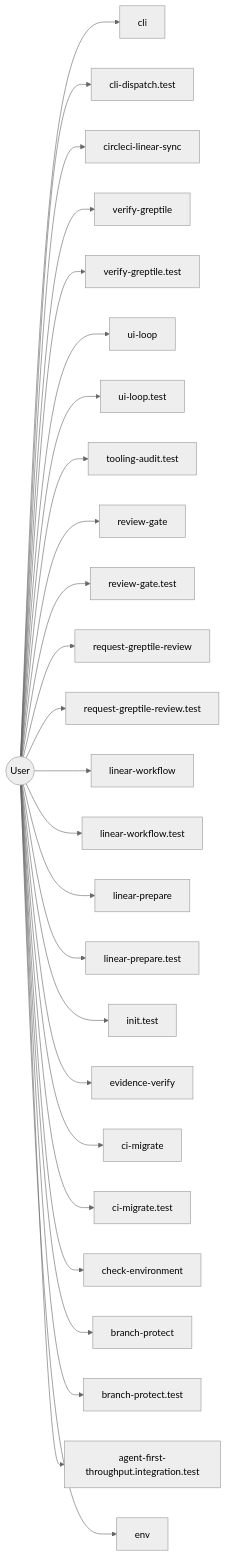
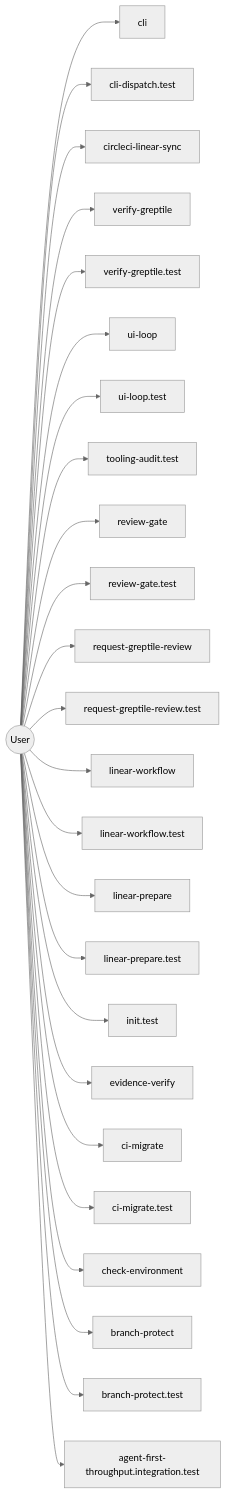
The tenth of 10 diagrams in AI/context/diagram-context.md (jscraik/coding-harness), drawn with Mermaid (neutral theme) before and after one commit. The commit also changed other lines of this file and 6 other files, not shown here.

Commit message:
chore(diagrams): auto-refresh architecture diagrams

````diff
--- a/AI/context/diagram-context.md
+++ b/AI/context/diagram-context.md
@@ -708,55 +713,53 @@
 ```mermaid
 flowchart LR
   User(("User"))
   cli_99bb8840["cli"]
   User --> cli_99bb8840
   cli_dispatch_test_54c9f17b["cli-dispatch.test"]
   User --> cli_dispatch_test_54c9f17b
   circleci_linear_sync_19c0d6da["circleci-linear-sync"]
   User --> circleci_linear_sync_19c0d6da
   verify_greptile_227190f7["verify-greptile"]
   User --> verify_greptile_227190f7
   verify_greptile_test_17404b05["verify-greptile.test"]
   User --> verify_greptile_test_17404b05
   ui_loop_11660889["ui-loop"]
   User --> ui_loop_11660889
   ui_loop_test_f0eabc42["ui-loop.test"]
   User --> ui_loop_test_f0eabc42
   tooling_audit_test_d2aee28c["tooling-audit.test"]
   User --> tooling_audit_test_d2aee28c
   review_gate_09b579c4["review-gate"]
   User --> review_gate_09b579c4
   review_gate_test_000e2ed6["review-gate.test"]
   User --> review_gate_test_000e2ed6
   request_greptile_review_851df233["request-greptile-review"]
   User --> request_greptile_review_851df233
   request_greptile_review_test_b073e76e["request-greptile-review.test"]
   User --> request_greptile_review_test_b073e76e
   linear_workflow_c5cb6267["linear-workflow"]
   User --> linear_workflow_c5cb6267
   linear_workflow_test_a351dcb0["linear-workflow.test"]
   User --> linear_workflow_test_a351dcb0
   linear_prepare_0c613ba6["linear-prepare"]
   User --> linear_prepare_0c613ba6
   linear_prepare_test_678f11a9["linear-prepare.test"]
   User --> linear_prepare_test_678f11a9
   init_test_cbba76a6["init.test"]
   User --> init_test_cbba76a6
   evidence_verify_3b73c290["evidence-verify"]
   User --> evidence_verify_3b73c290
   ci_migrate_78bb70b1["ci-migrate"]
   User --> ci_migrate_78bb70b1
   ci_migrate_test_2a015bb9["ci-migrate.test"]
   User --> ci_migrate_test_2a015bb9
   check_environment_fe68d4be["check-environment"]
   User --> check_environment_fe68d4be
   branch_protect_b9d345eb["branch-protect"]
   User --> branch_protect_b9d345eb
   branch_protect_test_c8d80aab["branch-protect.test"]
   User --> branch_protect_test_c8d80aab
   agent_first_throughput_integration_test_dc677cc4["agent-first-throughput.integration.test"]
   User --> agent_first_throughput_integration_test_dc677cc4
-  env_b77349bf["env"]
-  User --> env_b77349bf
   classDef userNode fill:#16a34a,color:#fff
 ```
````
